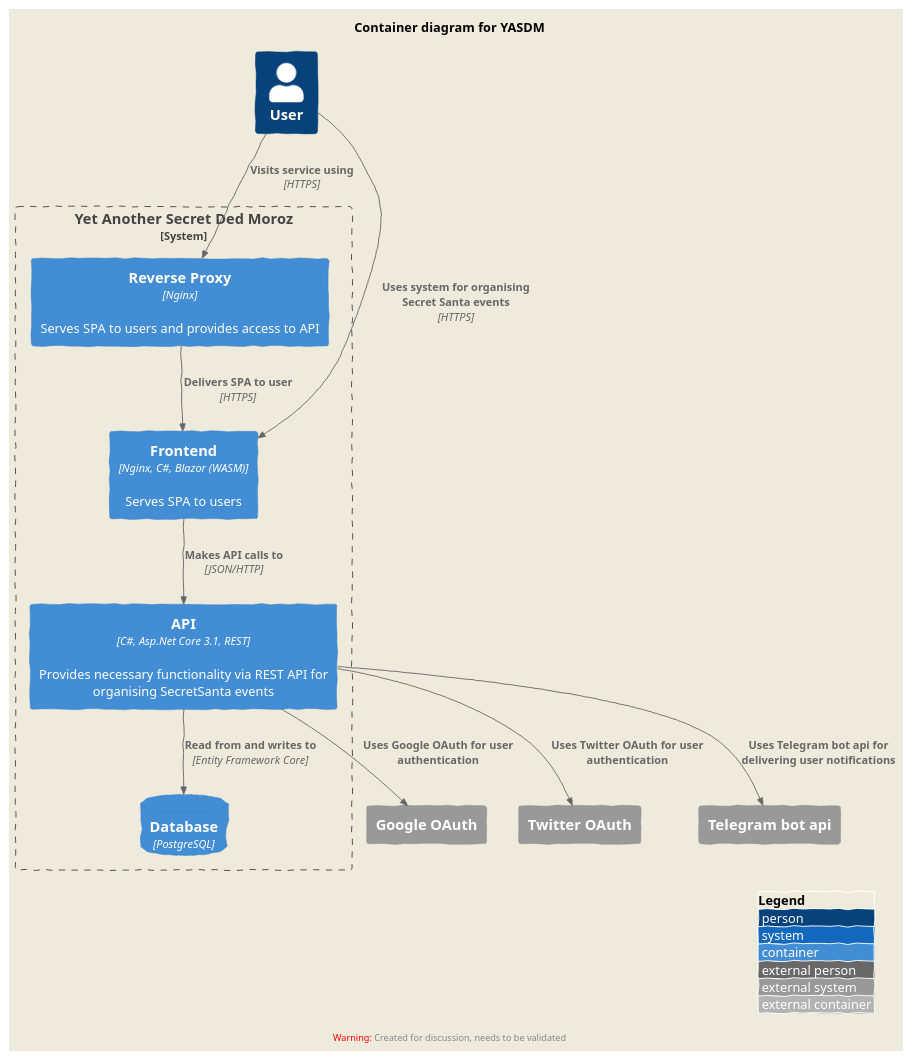
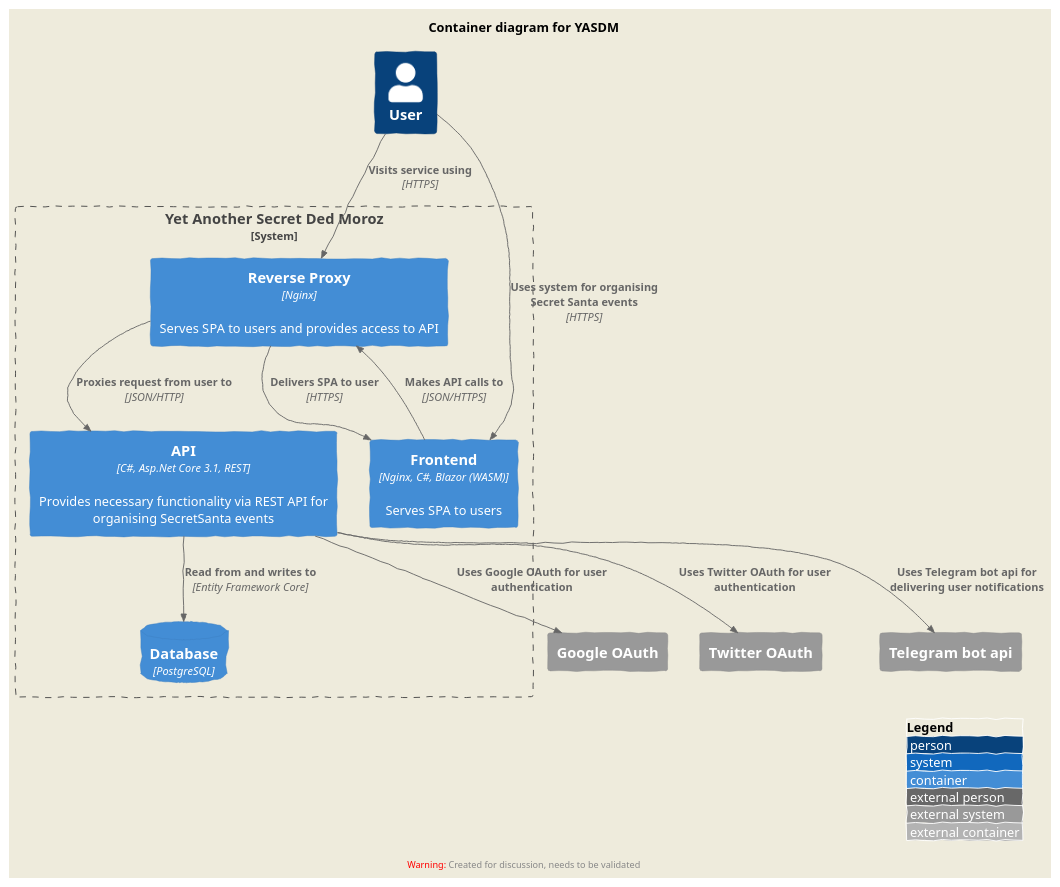
One commit to stardreamer/yasdm changed the diagram in docs/yasdm-container-design.puml. Above: the diagram before and after it, drawn with PlantUML.

Commit message:
Necessary env variables were added

```diff
--- a/docs/yasdm-container-design.puml
+++ b/docs/yasdm-container-design.puml
@@ -1,38 +1,39 @@
 @startuml yasdm-container-design
 !include include/C4_Container.puml
 
 skinparam wrapWidth 350
 skinparam maxMessageSize 200
 
 title Container diagram for YASDM
 
 LAYOUT_WITH_LEGEND()
 'LAYOUT_LEFT_RIGHT
 LAYOUT_AS_SKETCH()
 
 Person(user, "User")
 
 System_Boundary(yasdm, "Yet Another Secret Ded Moroz") {
     Container(reverse_proxy, "Reverse Proxy", "Nginx", "Serves SPA to users and provides access to API")
     Container(web_app, "Frontend", "Nginx, C#, Blazor (WASM)", "Serves SPA to users")
     Container(api,"API", "C#, Asp.Net Core 3.1, REST", "Provides necessary functionality via REST API for organising SecretSanta events")
     ContainerDb(db, "Database", "PostgreSQL", "")
     
 }
 
 
 System_Ext(goauth, "Google OAuth")
 System_Ext(twoauth, "Twitter OAuth")
 System_Ext(tbot, "Telegram bot api")
 
 
 Rel(user, reverse_proxy, "Visits service using", "HTTPS")
 Rel(reverse_proxy, web_app, "Delivers SPA to user", "HTTPS")
 Rel(user, web_app, "Uses system for organising Secret Santa events", "HTTPS")
-Rel(web_app, api, "Makes API calls to", "JSON/HTTP")
+Rel(web_app, reverse_proxy, "Makes API calls to", "JSON/HTTPS")
+Rel(reverse_proxy, api, "Proxies request from user to", "JSON/HTTP")
 Rel(api, db, "Read from and writes to", "Entity Framework Core")
 Rel(api, goauth, "Uses Google OAuth for user authentication")
 Rel(api, twoauth, "Uses Twitter OAuth for user authentication")
 Rel(api, tbot, "Uses Telegram bot api for delivering user notifications")
 
 @enduml
```
